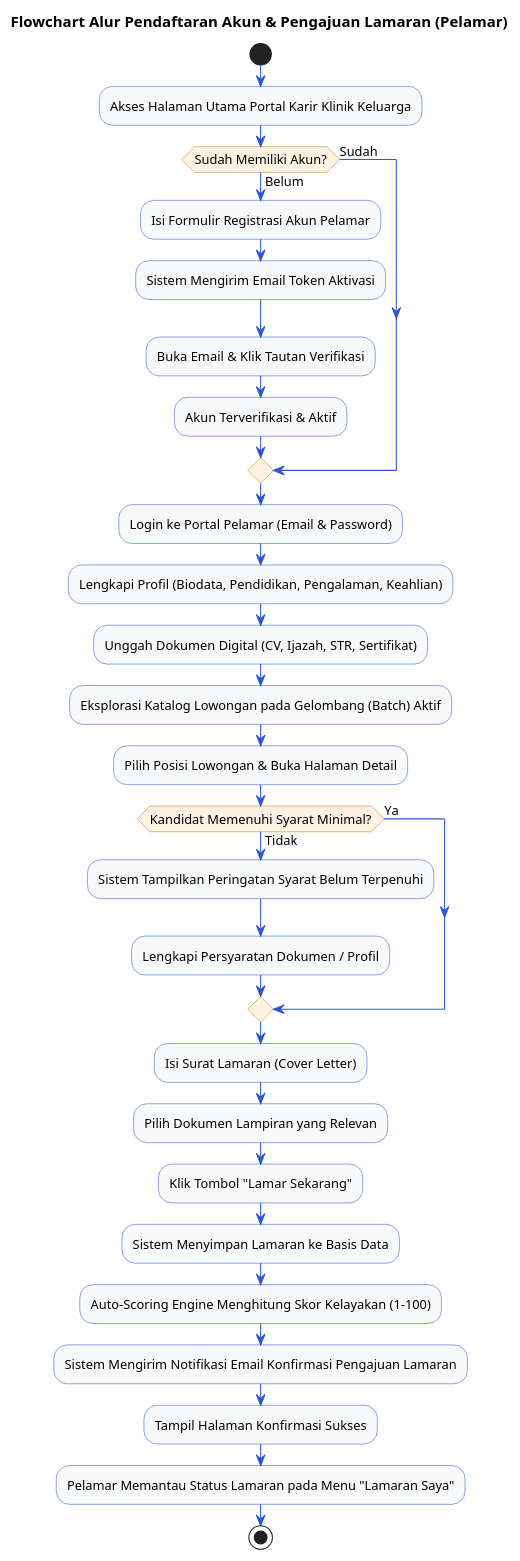
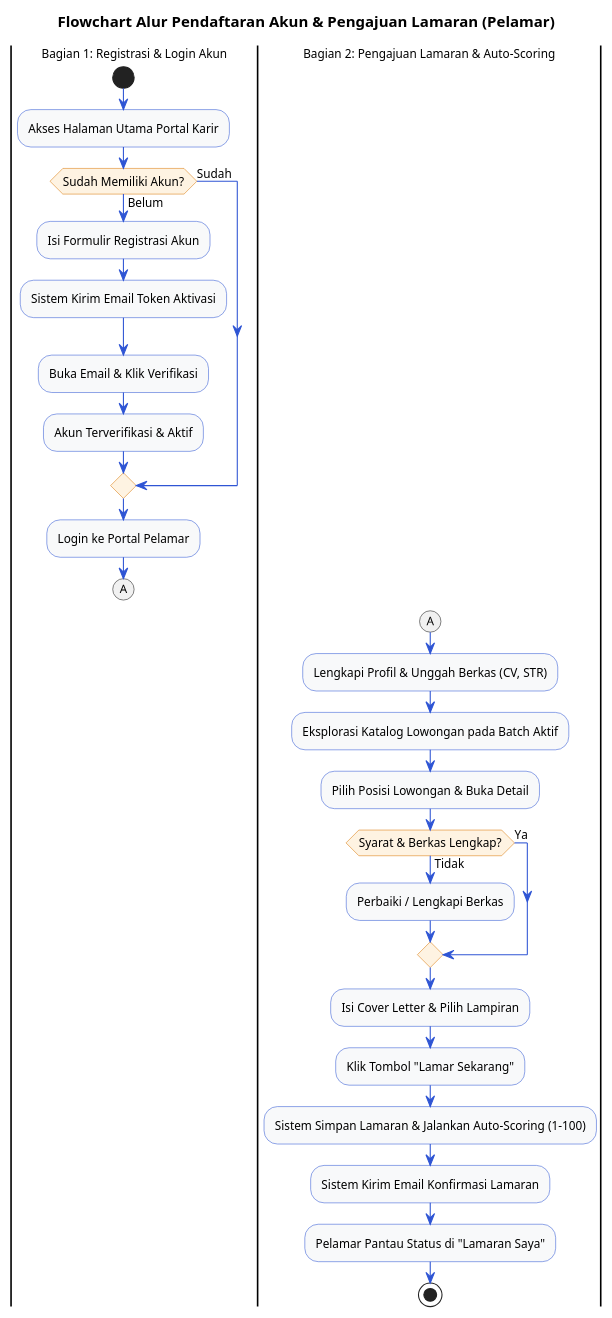
One commit to Madtive-Studio/klinik_keluarga_career changed the diagram in public/assets/diagrams/VP/Flowchart_Pelamar.puml. Above: the diagram before and after it, drawn with PlantUML. The commit also changed 1 other file, not shown here.

Commit message:
refactor(diagrams): update Flowchart_Pelamar.puml and Flowchart_HRD.puml with 2-column side-by-side connector layout

```diff
--- a/public/assets/diagrams/VP/Flowchart_Pelamar.puml
+++ b/public/assets/diagrams/VP/Flowchart_Pelamar.puml
@@ -1,50 +1,49 @@
 @startuml
 skinparam defaultFontName Arial
-skinparam defaultFontSize 12
+skinparam defaultFontSize 11
 
 skinparam activity {
   BackgroundColor #F8F9FA
   BorderColor #2F55D4
   DiamondBackgroundColor #FEF3E2
   DiamondBorderColor #D97706
 }
 skinparam ArrowColor #2F55D4
 
 title Flowchart Alur Pendaftaran Akun & Pengajuan Lamaran (Pelamar)
 
+|Bagian 1: Registrasi & Login Akun|
 start
-:Akses Halaman Utama Portal Karir Klinik Keluarga;
+:Akses Halaman Utama Portal Karir;
 
 if (Sudah Memiliki Akun?) then (Belum)
-  :Isi Formulir Registrasi Akun Pelamar;
-  :Sistem Mengirim Email Token Aktivasi;
-  :Buka Email & Klik Tautan Verifikasi;
+  :Isi Formulir Registrasi Akun;
+  :Sistem Kirim Email Token Aktivasi;
+  :Buka Email & Klik Verifikasi;
   :Akun Terverifikasi & Aktif;
 else (Sudah)
 endif
 
-:Login ke Portal Pelamar (Email & Password);
-:Lengkapi Profil (Biodata, Pendidikan, Pengalaman, Keahlian);
-:Unggah Dokumen Digital (CV, Ijazah, STR, Sertifikat);
+:Login ke Portal Pelamar;
+(A)
+detach
 
-:Eksplorasi Katalog Lowongan pada Gelombang (Batch) Aktif;
-:Pilih Posisi Lowongan & Buka Halaman Detail;
+|Bagian 2: Pengajuan Lamaran & Auto-Scoring|
+(A)
+:Lengkapi Profil & Unggah Berkas (CV, STR);
+:Eksplorasi Katalog Lowongan pada Batch Aktif;
+:Pilih Posisi Lowongan & Buka Detail;
 
-if (Kandidat Memenuhi Syarat Minimal?) then (Tidak)
-  :Sistem Tampilkan Peringatan Syarat Belum Terpenuhi;
-  :Lengkapi Persyaratan Dokumen / Profil;
+if (Syarat & Berkas Lengkap?) then (Tidak)
+  :Perbaiki / Lengkapi Berkas;
 else (Ya)
 endif
 
-:Isi Surat Lamaran (Cover Letter);
-:Pilih Dokumen Lampiran yang Relevan;
+:Isi Cover Letter & Pilih Lampiran;
 :Klik Tombol "Lamar Sekarang";
+:Sistem Simpan Lamaran & Jalankan Auto-Scoring (1-100);
+:Sistem Kirim Email Konfirmasi Lamaran;
+:Pelamar Pantau Status di "Lamaran Saya";
+stop
 
-:Sistem Menyimpan Lamaran ke Basis Data;
-:Auto-Scoring Engine Menghitung Skor Kelayakan (1-100);
-:Sistem Mengirim Notifikasi Email Konfirmasi Pengajuan Lamaran;
-:Tampil Halaman Konfirmasi Sukses;
-:Pelamar Memantau Status Lamaran pada Menu "Lamaran Saya";
-
-stop
 @enduml
```
